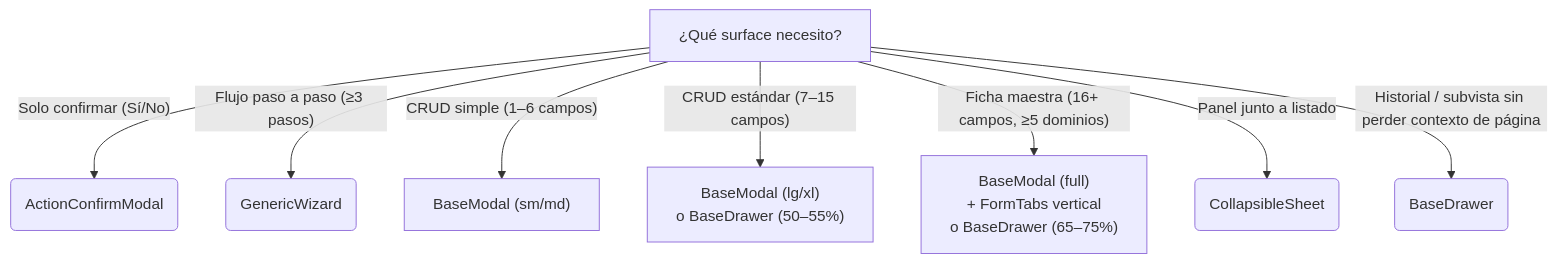
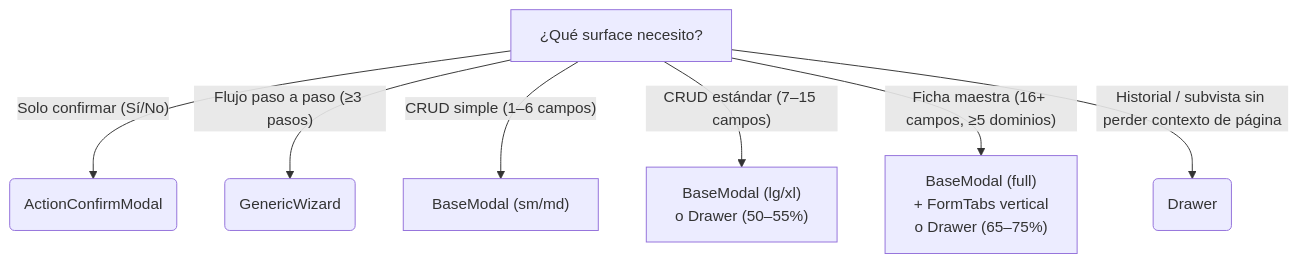
Before and after one commit to Patricoaa/ERPGrafico: the sixth of 6 diagrams in docs/20-contracts/component-decision-tree.md, drawn with Mermaid. The commit also changed other lines of this file and 74 other files, not shown here.

````diff
--- a/docs/20-contracts/component-decision-tree.md
+++ b/docs/20-contracts/component-decision-tree.md
@@ -122,11 +122,10 @@
 ```mermaid
 graph TD
     A["¿Qué surface necesito?"]
     A -->|"Solo confirmar (Sí/No)"| B(ActionConfirmModal)
     A -->|"Flujo paso a paso (≥3 pasos)"| C(GenericWizard)
     A -->|"CRUD simple (1–6 campos)"| D["BaseModal (sm/md)"]
-    A -->|"CRUD estándar (7–15 campos)"| E["BaseModal (lg/xl)<br/>o BaseDrawer (50–55%)"]
-    A -->|"Ficha maestra (16+ campos, ≥5 dominios)"| F["BaseModal (full)<br/>+ FormTabs vertical<br/>o BaseDrawer (65–75%)"]
-    A -->|"Panel junto a listado"| G(CollapsibleSheet)
-    A -->|"Historial / subvista sin perder contexto de página"| H(BaseDrawer)
+    A -->|"CRUD estándar (7–15 campos)"| E["BaseModal (lg/xl)<br/>o Drawer (50–55%)"]
+    A -->|"Ficha maestra (16+ campos, ≥5 dominios)"| F["BaseModal (full)<br/>+ FormTabs vertical<br/>o Drawer (65–75%)"]
+    A -->|"Historial / subvista sin perder contexto de página"| H(Drawer)
 ```
````
